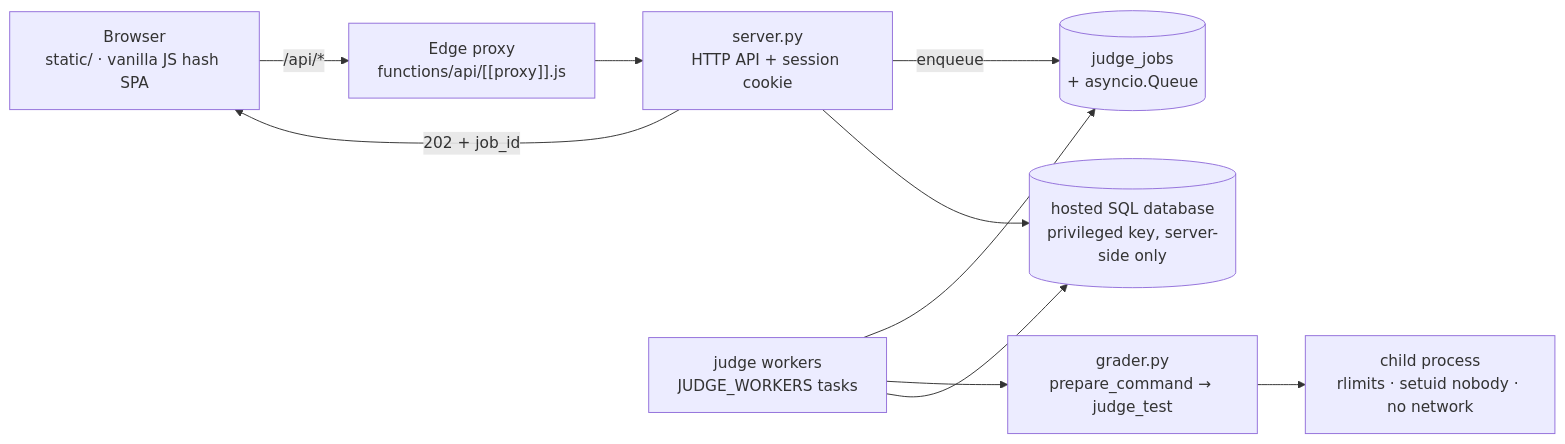
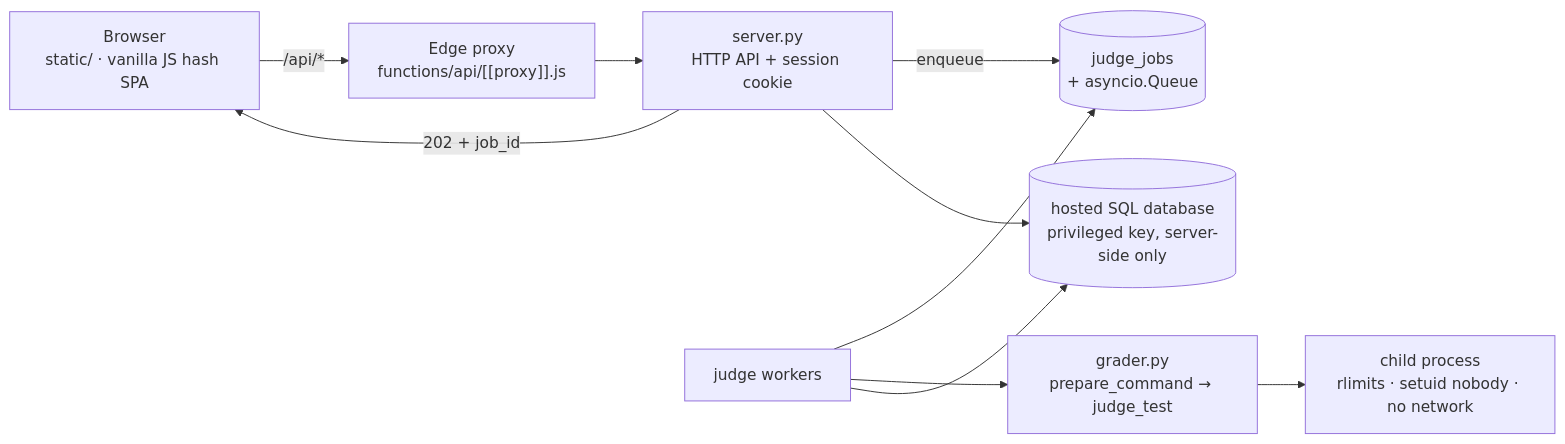
Before and after one commit to n3wbiekkkk/Newbiegrader: the diagram in README.md, drawn with Mermaid. The commit also changed other lines of this file, not shown here.

````diff
--- a/README.md
+++ b/README.md
@@ -36,12 +33,12 @@
 ```mermaid
 graph LR
   B["Browser<br/>static/ · vanilla JS hash SPA"] -->|"/api/*"| P["Edge proxy<br/>functions/api/[[proxy]].js"]
   P --> S["server.py<br/>HTTP API + session cookie"]
   S -->|"202 + job_id"| B
   S -->|"enqueue"| Q[("judge_jobs<br/>+ asyncio.Queue")]
-  W["judge workers<br/>JUDGE_WORKERS tasks"] --> Q
+  W["judge workers"] --> Q
   W --> G["grader.py<br/>prepare_command → judge_test"]
   G --> X["child process<br/>rlimits · setuid nobody · no network"]
   W --> DB[("hosted SQL database<br/>privileged key, server-side only")]
   S --> DB
 ```
````
